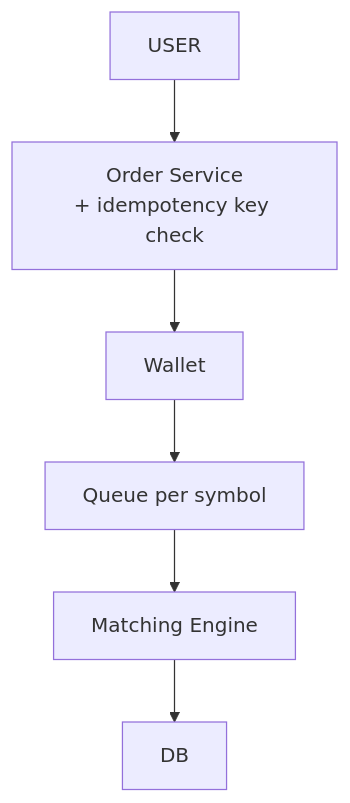
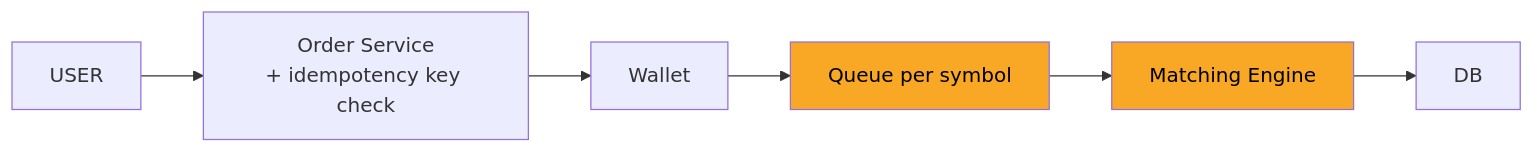
Before and after one commit to ArpanMaheshwari144/Prep: the fourth of 10 diagrams in 04_HLD/SYSTEM_DESIGNS/05_stock_broker_trading/05_stock_broker_trading.md, drawn with Mermaid. The commit also changed other lines of this file, not shown here.

Commit message:
stock: diagrams left to right, new box highlighted

````diff
--- a/04_HLD/SYSTEM_DESIGNS/05_stock_broker_trading/05_stock_broker_trading.md
+++ b/04_HLD/SYSTEM_DESIGNS/05_stock_broker_trading/05_stock_broker_trading.md
@@ -180,14 +182,16 @@
 ```mermaid
-flowchart TD
+flowchart LR
     n_USER["USER"]
     n_Order_Service["Order Service<br/>+ idempotency key check"]
     n_Wallet["Wallet"]
     n_Queue_per_symbol["Queue per symbol"]
     n_Matching_Engine["Matching Engine"]
     n_DB["DB"]
     n_USER --> n_Order_Service
     n_Order_Service --> n_Wallet
     n_Wallet --> n_Queue_per_symbol
     n_Queue_per_symbol --> n_Matching_Engine
     n_Matching_Engine --> n_DB
+    style n_Queue_per_symbol fill:#f9a825,color:#000
+    style n_Matching_Engine fill:#f9a825,color:#000
 ```
````
